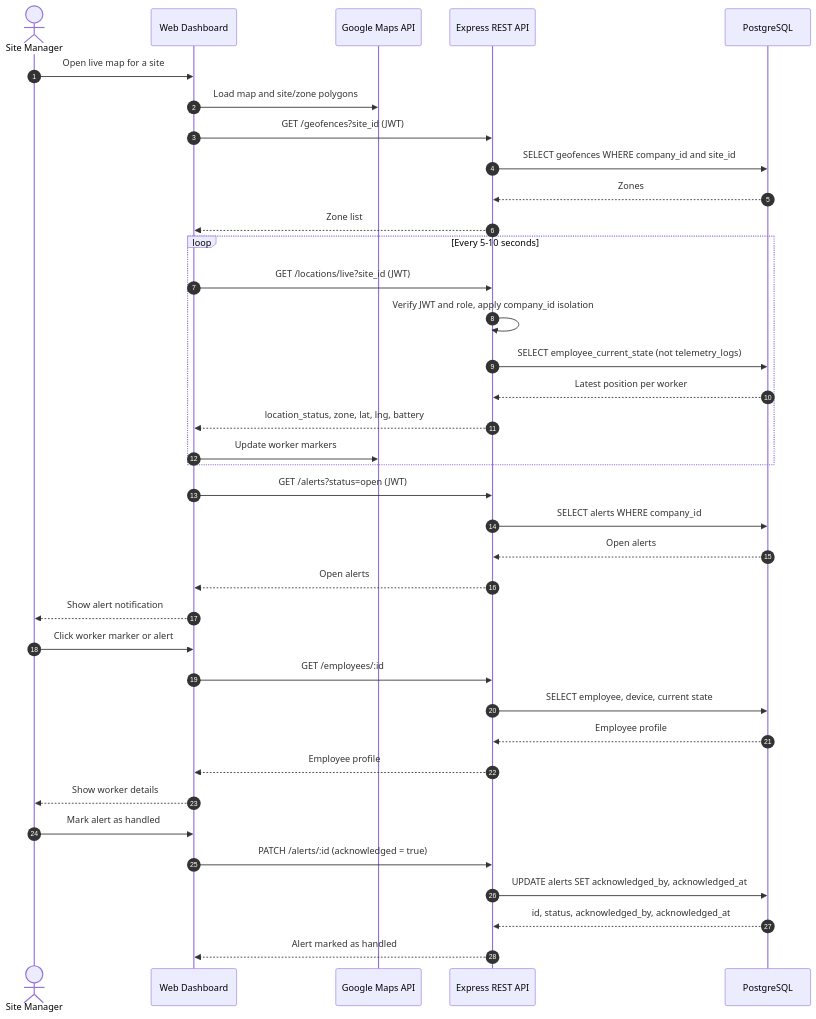
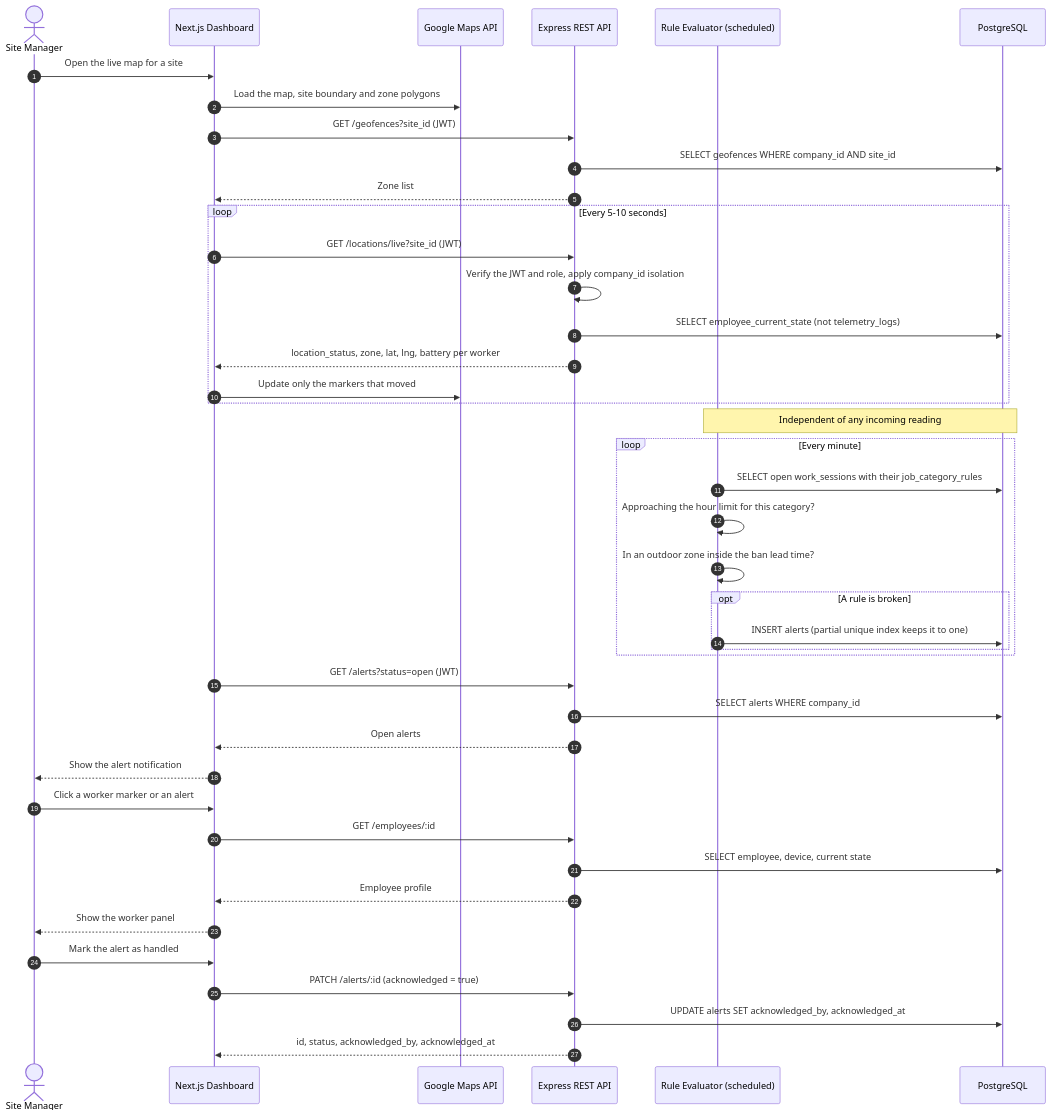
The eighth of 9 diagrams in Holberton-Portfolio-Project-Overview/Stage3.md (JSAbdullaH/Portfolio-Project), drawn with Mermaid before and after one commit. The commit also changed other lines of this file, not shown here.

````diff
--- a/Holberton-Portfolio-Project-Overview/Stage3.md
+++ b/Holberton-Portfolio-Project-Overview/Stage3.md
@@ -945,44 +1133,50 @@
 ```mermaid
 sequenceDiagram
     autonumber
     actor Manager as Site Manager
-    participant Web as Web Dashboard
+    participant Web as Next.js Dashboard
     participant Maps as Google Maps API
     participant API as Express REST API
+    participant Job as Rule Evaluator (scheduled)
     participant DB as PostgreSQL
-
-    Manager->>Web: Open live map for a site
-    Web->>Maps: Load map and site/zone polygons
+ 
+    Manager->>Web: Open the live map for a site
+    Web->>Maps: Load the map, site boundary and zone polygons
     Web->>API: GET /geofences?site_id (JWT)
-    API->>DB: SELECT geofences WHERE company_id and site_id
-    DB-->>API: Zones
+    API->>DB: SELECT geofences WHERE company_id AND site_id
     API-->>Web: Zone list
-
+ 
     loop Every 5-10 seconds
         Web->>API: GET /locations/live?site_id (JWT)
-        API->>API: Verify JWT and role, apply company_id isolation
+        API->>API: Verify the JWT and role, apply company_id isolation
         API->>DB: SELECT employee_current_state (not telemetry_logs)
-        DB-->>API: Latest position per worker
-        API-->>Web: location_status, zone, lat, lng, battery
-        Web->>Maps: Update worker markers
+        API-->>Web: location_status, zone, lat, lng, battery per worker
+        Web->>Maps: Update only the markers that moved
     end
-
+ 
+    Note over Job,DB: Independent of any incoming reading
+    loop Every minute
+        Job->>DB: SELECT open work_sessions with their job_category_rules
+        Job->>Job: Approaching the hour limit for this category?
+        Job->>Job: In an outdoor zone inside the ban lead time?
+        opt A rule is broken
+            Job->>DB: INSERT alerts (partial unique index keeps it to one)
+        end
+    end
+ 
     Web->>API: GET /alerts?status=open (JWT)
     API->>DB: SELECT alerts WHERE company_id
-    DB-->>API: Open alerts
     API-->>Web: Open alerts
-    Web-->>Manager: Show alert notification
-
-    Manager->>Web: Click worker marker or alert
+    Web-->>Manager: Show the alert notification
+ 
+    Manager->>Web: Click a worker marker or an alert
     Web->>API: GET /employees/:id
     API->>DB: SELECT employee, device, current state
-    DB-->>API: Employee profile
     API-->>Web: Employee profile
-    Web-->>Manager: Show worker details
-
-    Manager->>Web: Mark alert as handled
+    Web-->>Manager: Show the worker panel
+ 
+    Manager->>Web: Mark the alert as handled
     Web->>API: PATCH /alerts/:id (acknowledged = true)
     API->>DB: UPDATE alerts SET acknowledged_by, acknowledged_at
-    DB-->>API: id, status, acknowledged_by, acknowledged_at
-    API-->>Web: Alert marked as handled
+    API-->>Web: id, status, acknowledged_by, acknowledged_at
 ```
````
